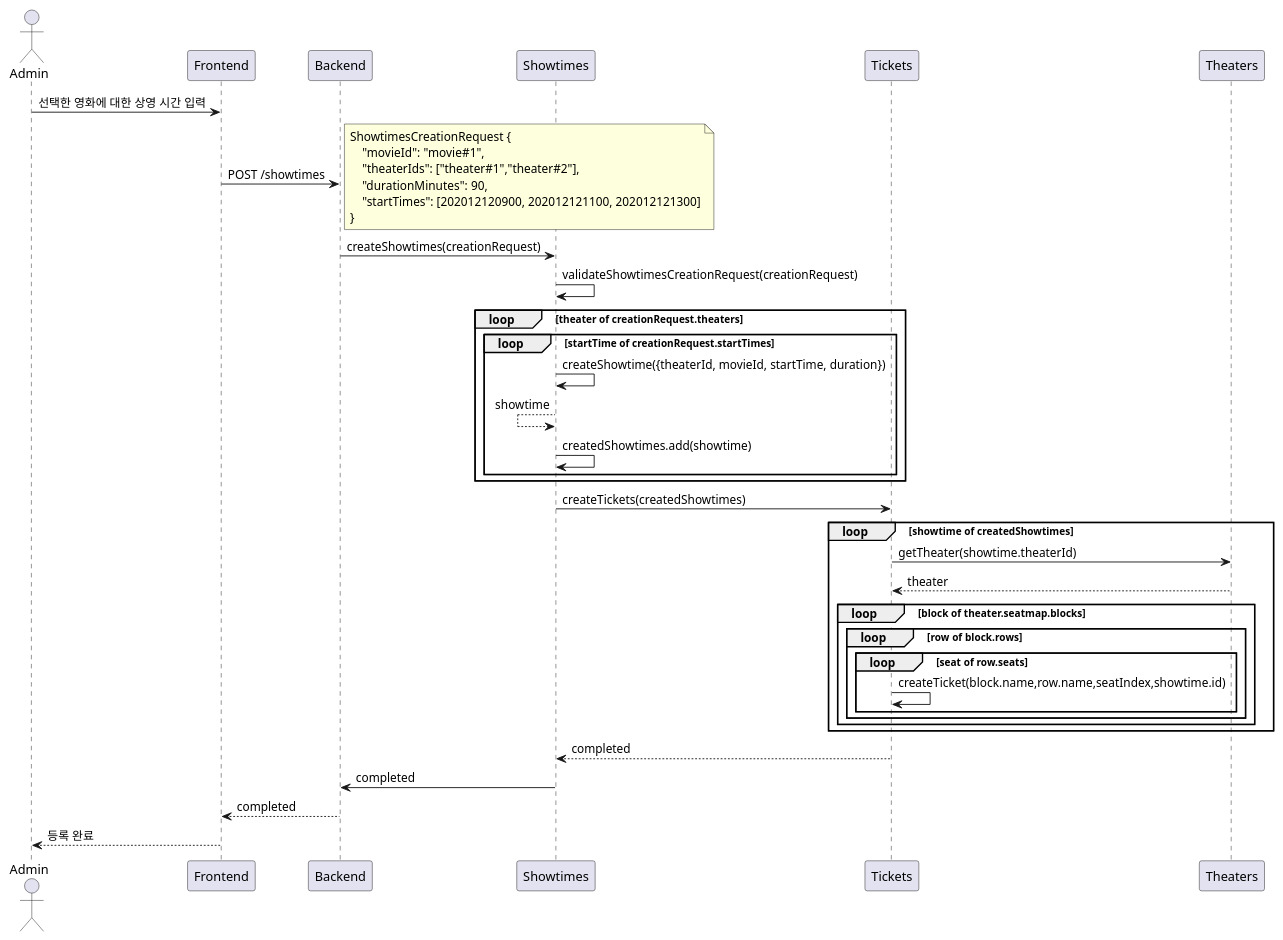
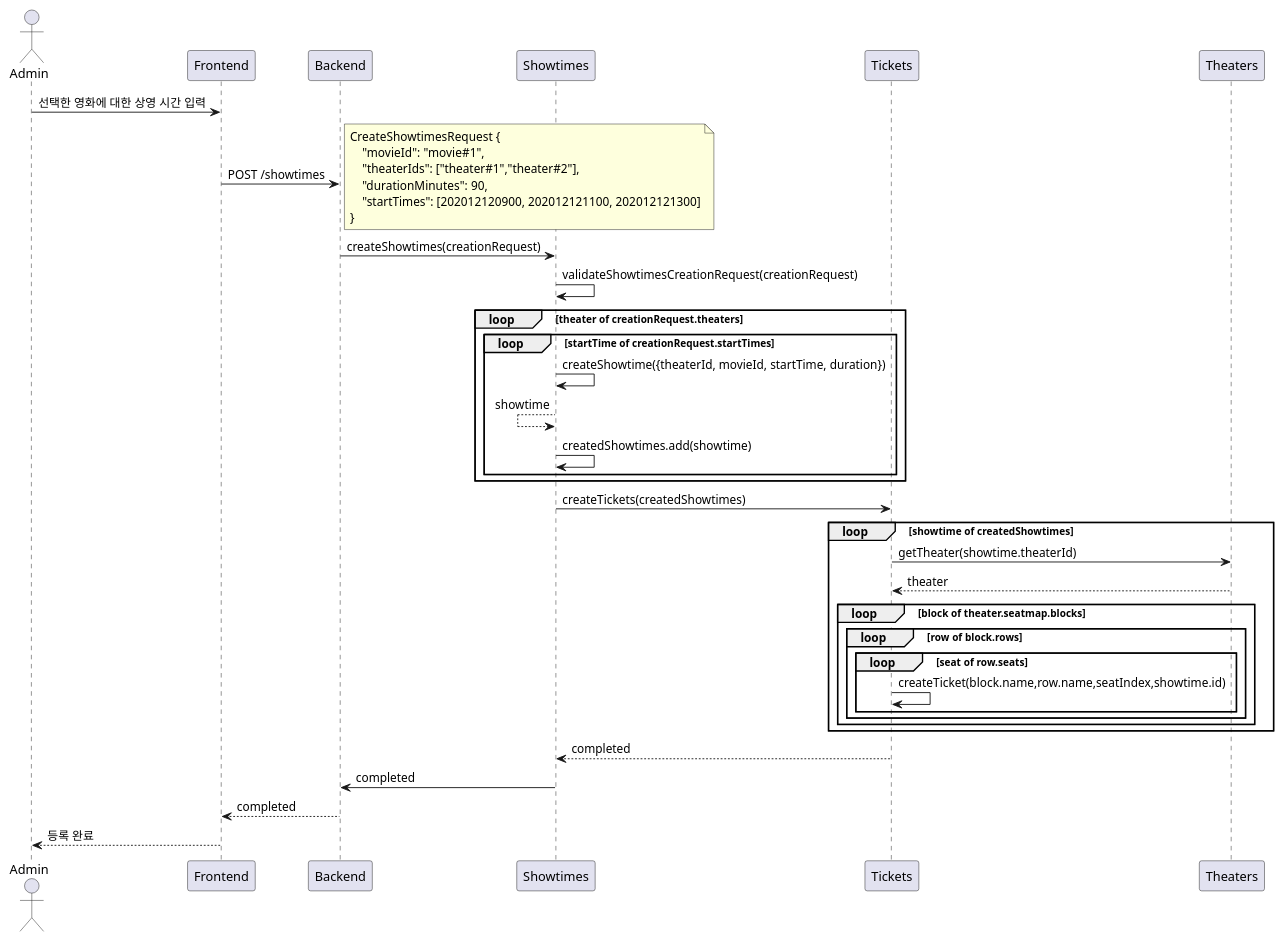
The first of 3 diagrams in docs/register-showtimes.md (hunjuly/nest-seed), drawn with PlantUML before and after one commit. The commit also changed 45 other files, not shown here.

````diff
--- a/docs/register-showtimes.md
+++ b/docs/register-showtimes.md
@@ -57,43 +57,43 @@
 ```plantuml
 @startuml
 actor Admin
 
 Admin -> Frontend: 선택한 영화에 대한 상영 시간 입력
 Frontend -> Backend: POST /showtimes
     note right
-    ShowtimesCreationRequest {
+    CreateShowtimesRequest {
         "movieId": "movie#1",
         "theaterIds": ["theater#1","theater#2"],
         "durationMinutes": 90,
         "startTimes": [202012120900, 202012121100, 202012121300]
     }
     end note
 Backend -> Showtimes: createShowtimes(creationRequest)
 Showtimes -> Showtimes: validateShowtimesCreationRequest(creationRequest)
 loop theater of creationRequest.theaters
     loop startTime of creationRequest.startTimes
         Showtimes -> Showtimes: createShowtime({theaterId, movieId, startTime, duration})
         Showtimes <-- Showtimes: showtime
         Showtimes -> Showtimes: createdShowtimes.add(showtime)
     end
 end
 
 Showtimes -> Tickets: createTickets(createdShowtimes)
 loop showtime of createdShowtimes
     Tickets -> Theaters: getTheater(showtime.theaterId)
     Tickets <-- Theaters: theater
     loop block of theater.seatmap.blocks
         loop row of block.rows
             loop seat of row.seats
                 Tickets -> Tickets: createTicket(block.name,row.name,seatIndex,showtime.id)
             end
         end
     end
 end
 Showtimes <-- Tickets: completed
 
 Showtimes -> Backend: completed
 Frontend <-- Backend: completed
 Admin <-- Frontend: 등록 완료
 @enduml
 ```
````
